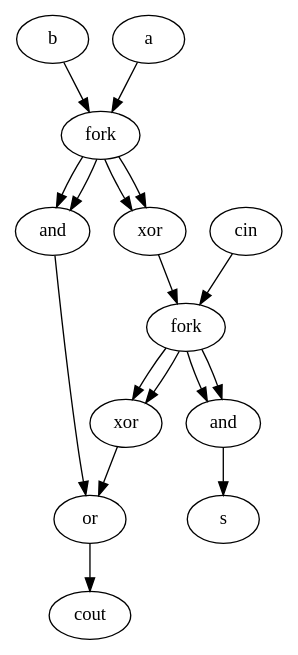
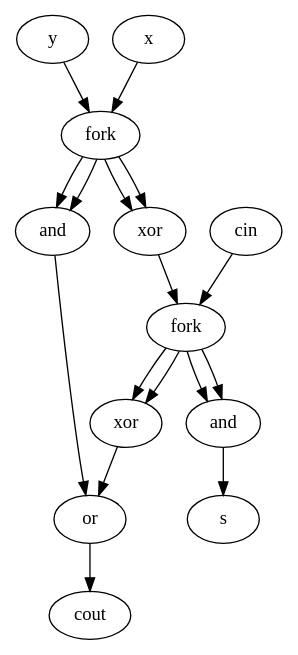
The diagram in test.gv (akuczala/cat-circuits), drawn with Graphviz before and after one commit. The commit also changed 12 other files, not shown here.

```diff
--- a/test.gv
+++ b/test.gv
@@ -1,30 +1,31 @@
 digraph G {
-n0 [label=cout]
-n1 [label=s]
-n2 [label=or]
-n3 [label=and]
-n4 [label=xor]
-n5 [label=fork]
-n6 [label=and]
-n7 [label=xor]
-n8 [label=fork]
-n9 [label=b]
-n10 [label=a]
-n11 [label=cin]
-n2 -> n0
-n3 -> n1
-n6 -> n2
-n4 -> n2
-n5 -> n3
-n5 -> n3
-n5 -> n4
-n5 -> n4
-n11 -> n5
-n7 -> n5
-n8 -> n6
-n8 -> n6
-n8 -> n7
-n8 -> n7
-n10 -> n8
-n9 -> n8
+    node [colorscheme=oranges9]
+    n0 [label=cout]
+    n1 [label=s]
+    n2 [label=or]
+    n3 [label=and]
+    n4 [label=xor]
+    n5 [label=fork]
+    n6 [label=and]
+    n7 [label=xor]
+    n8 [label=fork]
+    n9 [label=y]
+    n10 [label=x]
+    n11 [label=cin]
+    n2 -> n0
+    n3 -> n1
+    n6 -> n2
+    n4 -> n2
+    n5 -> n3
+    n5 -> n3
+    n5 -> n4
+    n5 -> n4
+    n11 -> n5
+    n7 -> n5
+    n8 -> n6
+    n8 -> n6
+    n8 -> n7
+    n8 -> n7
+    n10 -> n8
+    n9 -> n8
 }
```
